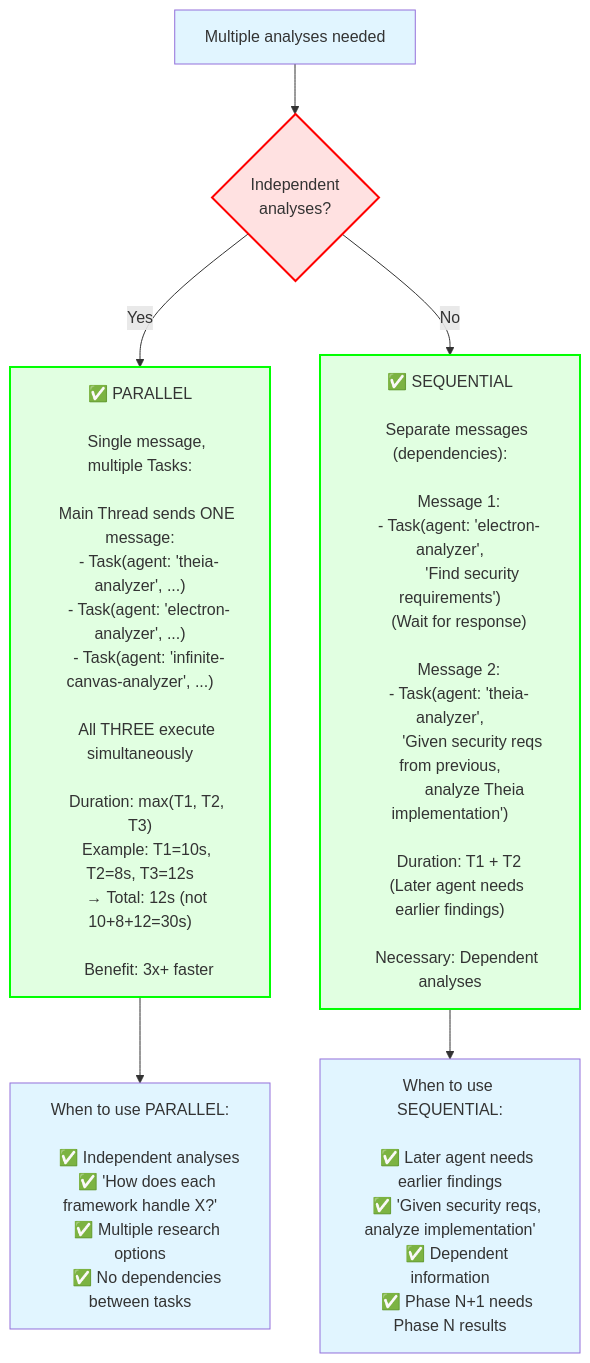
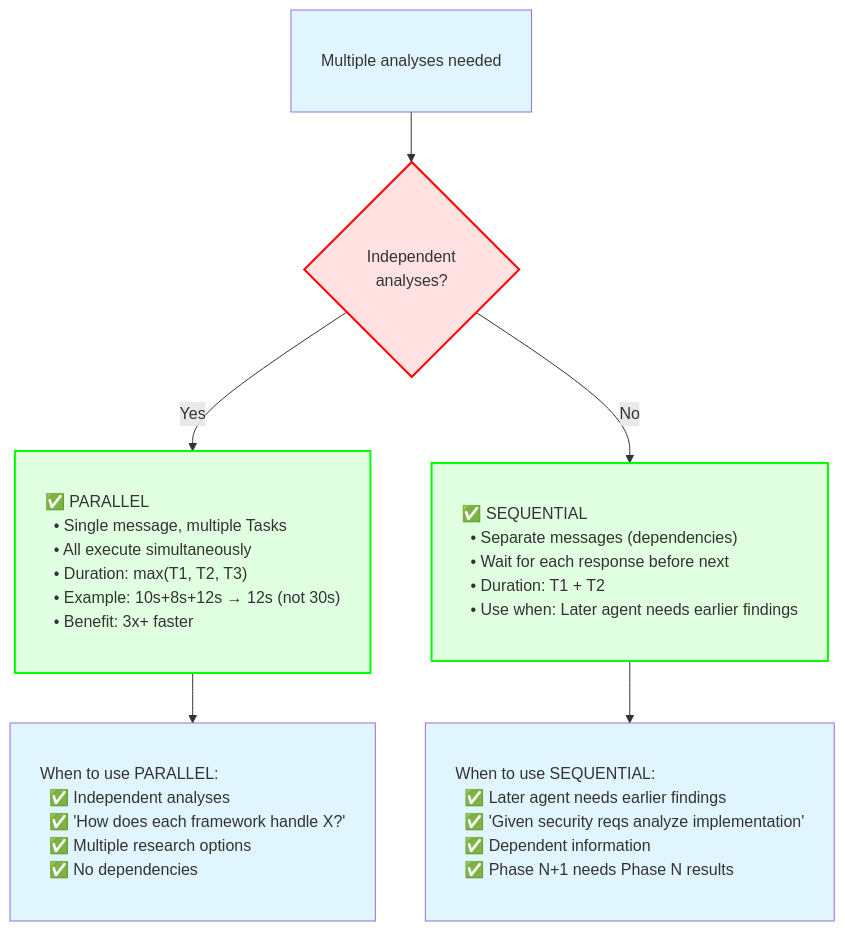
Diagram 20 of 31 in AGENT_SWARM_FLOW_VISUAL.md (QUUS-TheSmallCodeTeam/theia-fork), drawn with Mermaid before and after one commit. The commit also changed other lines of this file, not shown here.

First line of the commit message:
feat: redesign all mermaid diagrams with vertical flow and left-aligned text

````diff
--- a/AGENT_SWARM_FLOW_VISUAL.md
+++ b/AGENT_SWARM_FLOW_VISUAL.md
@@ -2010,63 +1691,42 @@
 ```mermaid
 flowchart TD
-    Tasks["Multiple analyses needed"]
+    classDef wideBox padding:12px 20px,text-align:left,white-space:pre;
+    classDef wideDecision padding:12px 20px,text-align:left,white-space:pre;
 
-    --> Check{Independent<br/>analyses?}
+    Tasks["Multiple analyses needed"]:::wideBox
+
+    --> Check{Independent
+  analyses?}:::wideDecision
 
     Check -->|Yes| Parallel["✅ PARALLEL
-
-    Single message, multiple Tasks:
-
-    Main Thread sends ONE message:
-    - Task(agent: 'theia-analyzer', ...)
-    - Task(agent: 'electron-analyzer', ...)
-    - Task(agent: 'infinite-canvas-analyzer', ...)
-
-    All THREE execute simultaneously
-
-    Duration: max(T1, T2, T3)
-    Example: T1=10s, T2=8s, T3=12s
-    → Total: 12s (not 10+8+12=30s)
-
-    Benefit: 3x+ faster"]
+  • Single message, multiple Tasks
+  • All execute simultaneously
+  • Duration: max(T1, T2, T3)
+  • Example: 10s+8s+12s → 12s (not 30s)
+  • Benefit: 3x+ faster"]:::wideBox
 
     Check -->|No| Sequential["✅ SEQUENTIAL
-
-    Separate messages (dependencies):
-
-    Message 1:
-    - Task(agent: 'electron-analyzer',
-           'Find security requirements')
-    (Wait for response)
-
-    Message 2:
-    - Task(agent: 'theia-analyzer',
-           'Given security reqs from previous,
-            analyze Theia implementation')
-
-    Duration: T1 + T2
-    (Later agent needs earlier findings)
-
-    Necessary: Dependent analyses"]
+  • Separate messages (dependencies)
+  • Wait for each response before next
+  • Duration: T1 + T2
+  • Use when: Later agent needs earlier findings"]:::wideBox
 
     Parallel --> ParallelWhen["When to use PARALLEL:
-
-    ✅ Independent analyses
-    ✅ 'How does each framework handle X?'
-    ✅ Multiple research options
-    ✅ No dependencies between tasks"]
+  ✅ Independent analyses
+  ✅ 'How does each framework handle X?'
+  ✅ Multiple research options
+  ✅ No dependencies"]:::wideBox
 
     Sequential --> SeqWhen["When to use SEQUENTIAL:
-
-    ✅ Later agent needs earlier findings
-    ✅ 'Given security reqs, analyze implementation'
-    ✅ Dependent information
-    ✅ Phase N+1 needs Phase N results"]
+  ✅ Later agent needs earlier findings
+  ✅ 'Given security reqs analyze implementation'
+  ✅ Dependent information
+  ✅ Phase N+1 needs Phase N results"]:::wideBox
 
     style Tasks fill:#e1f5ff
     style Check fill:#ffe1e1,stroke:#ff0000,stroke-width:2px
     style Parallel fill:#e1ffe1,stroke:#00ff00,stroke-width:2px
     style Sequential fill:#e1ffe1,stroke:#00ff00,stroke-width:2px
     style ParallelWhen fill:#e1f5ff
     style SeqWhen fill:#e1f5ff
 ```
````
